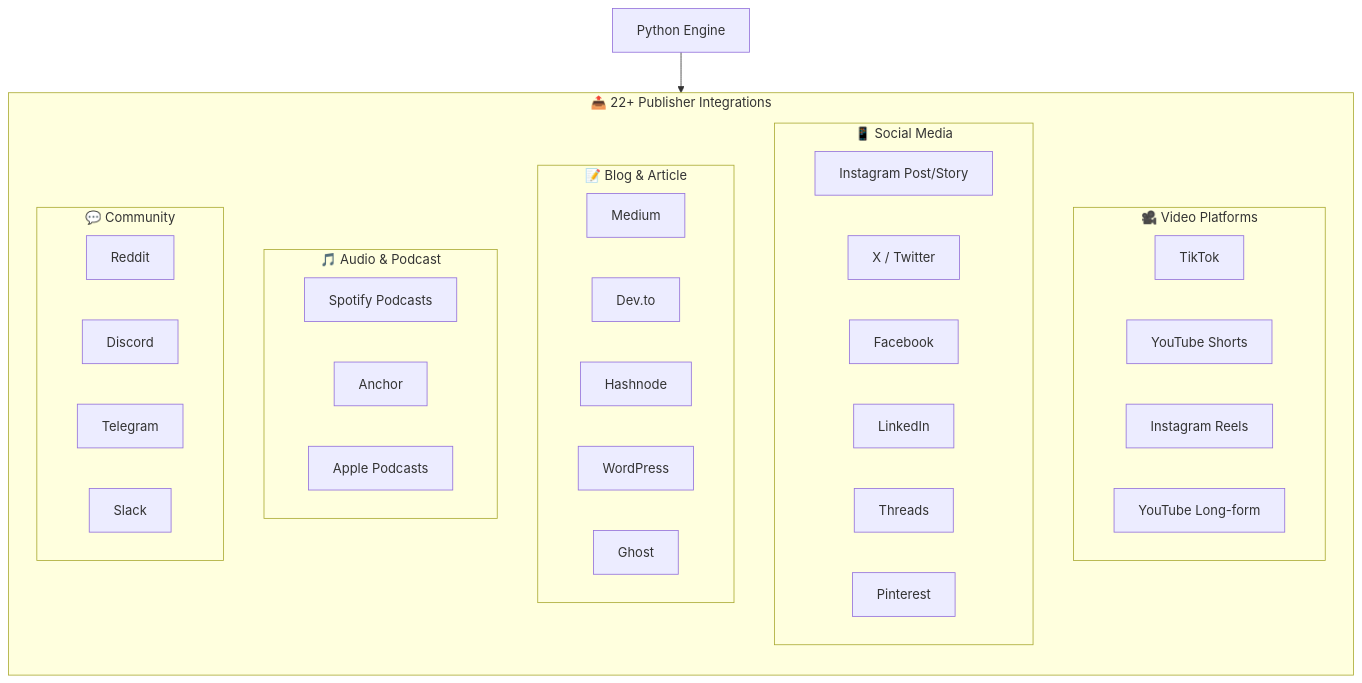
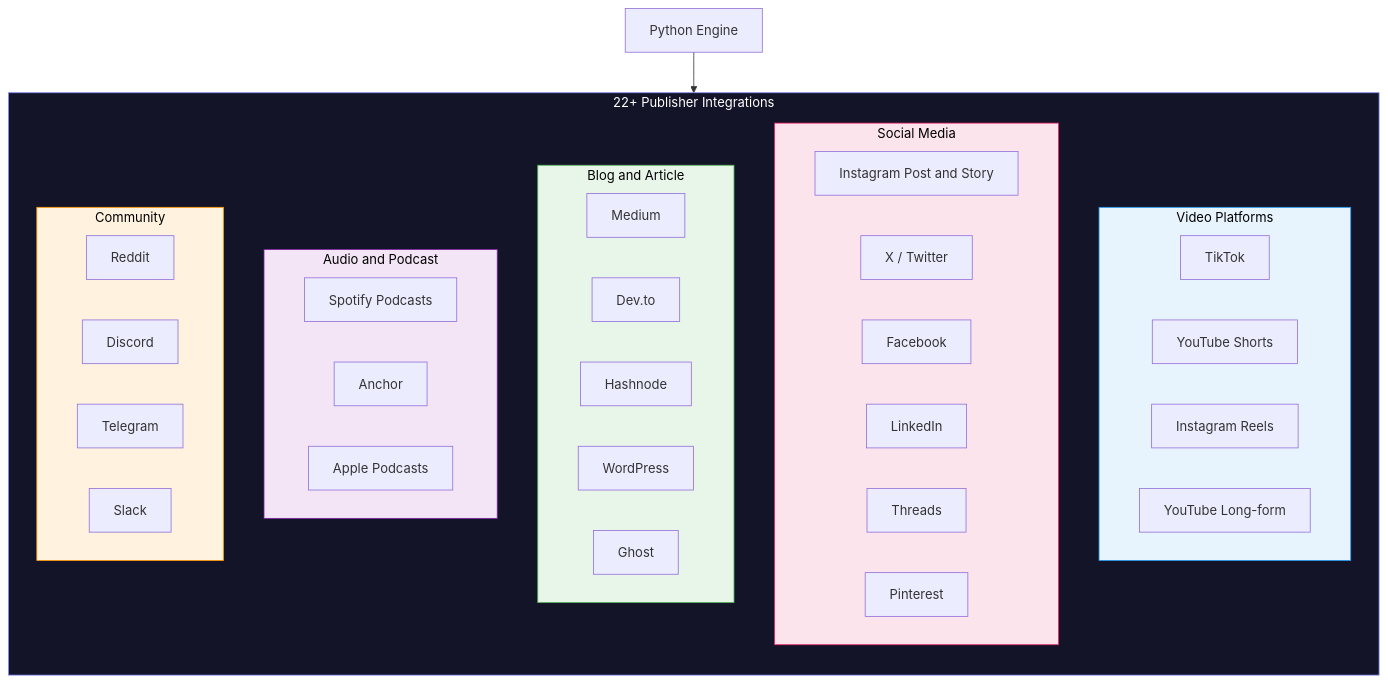
Before and after one commit to mulkymalikuldhrs/ghoststudio-ai: the third of 4 diagrams in README.md, drawn with Mermaid. The commit also changed other lines of this file and 1 other file, not shown here.

Commit message:
🎨 Upgrade: banner image + fixed Mermaid + animations + flow diagrams

````diff
--- a/README.md
+++ b/README.md
@@ -260,45 +184,52 @@
 ```mermaid
 flowchart TB
-    subgraph Publishers["📤 22+ Publisher Integrations"]
+    subgraph Publishers["22+ Publisher Integrations"]
         direction TB
 
-        subgraph Video["🎥 Video Platforms"]
+        subgraph Video["Video Platforms"]
             TikTok[TikTok]
             YTShorts[YouTube Shorts]
             Reels[Instagram Reels]
             YTLong[YouTube Long-form]
         end
 
-        subgraph Social["📱 Social Media"]
-            IG[Instagram Post/Story]
+        subgraph Social["Social Media"]
+            IG[Instagram Post and Story]
             Twitter[X / Twitter]
             FB[Facebook]
             LinkedIn[LinkedIn]
             Threads[Threads]
             Pinterest[Pinterest]
         end
 
-        subgraph Blog["📝 Blog & Article"]
+        subgraph Blog["Blog and Article"]
             Medium[Medium]
             DevTo[Dev.to]
             Hashnode[Hashnode]
             WordPress[WordPress]
             GhostBlog[Ghost]
         end
 
-        subgraph Audio["🎵 Audio & Podcast"]
+        subgraph Audio["Audio and Podcast"]
             Spotify[Spotify Podcasts]
             Anchor[Anchor]
             ApplePod[Apple Podcasts]
         end
 
-        subgraph Community["💬 Community"]
+        subgraph Community["Community"]
             Reddit[Reddit]
             Discord[Discord]
             Telegram[Telegram]
             Slack[Slack]
         end
     end
 
     Engine[Python Engine] --> Publishers
+
+    style Publishers fill:#141428,stroke:#818cf8,color:#fff
+    style Video fill:#e8f4fd,stroke:#2196f3,color:#000
+    style Social fill:#fce4ec,stroke:#e91e63,color:#000
+    style Blog fill:#e8f5e9,stroke:#4caf50,color:#000
+    style Audio fill:#f3e5f5,stroke:#7b1fa2,color:#000
+    style Community fill:#fff3e0,stroke:#ff9800,color:#000
 ```
````
